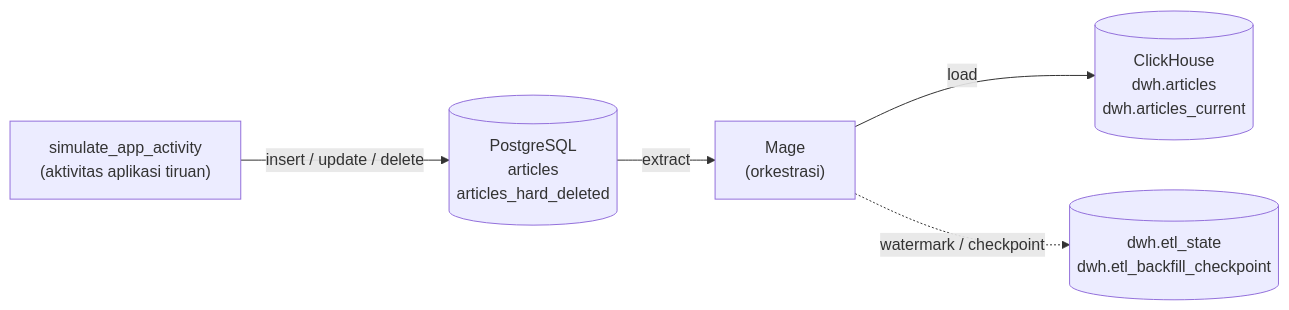
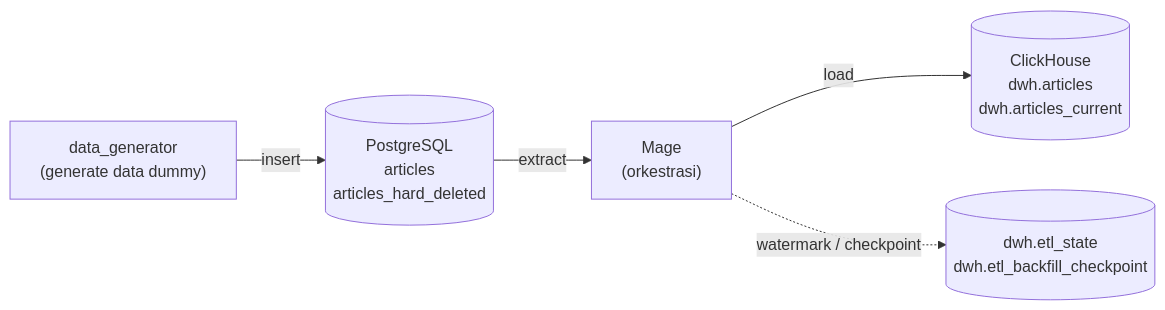
One commit to yudisyudis/kumparan_test changed the diagram in README.md. Above: the diagram before and after it, drawn with Mermaid. The commit also changed other lines of this file, not shown here.

````diff
--- a/README.md
+++ b/README.md
@@ -20,7 +20,7 @@
 ```mermaid
 flowchart LR
-    SIM["simulate_app_activity<br/>(aktivitas aplikasi tiruan)"] -->|insert / update / delete| PG[("PostgreSQL<br/>articles<br/>articles_hard_deleted")]
+    Generate["data_generator<br/>(generate data dummy)"] -->|insert| PG[("PostgreSQL<br/>articles<br/>articles_hard_deleted")]
     PG -->|extract| MAGE["Mage<br/>(orkestrasi)"]
     MAGE -->|load| CH[("ClickHouse<br/>dwh.articles<br/>dwh.articles_current")]
     MAGE -.->|watermark / checkpoint| ST[("dwh.etl_state<br/>dwh.etl_backfill_checkpoint")]
 ```
````
